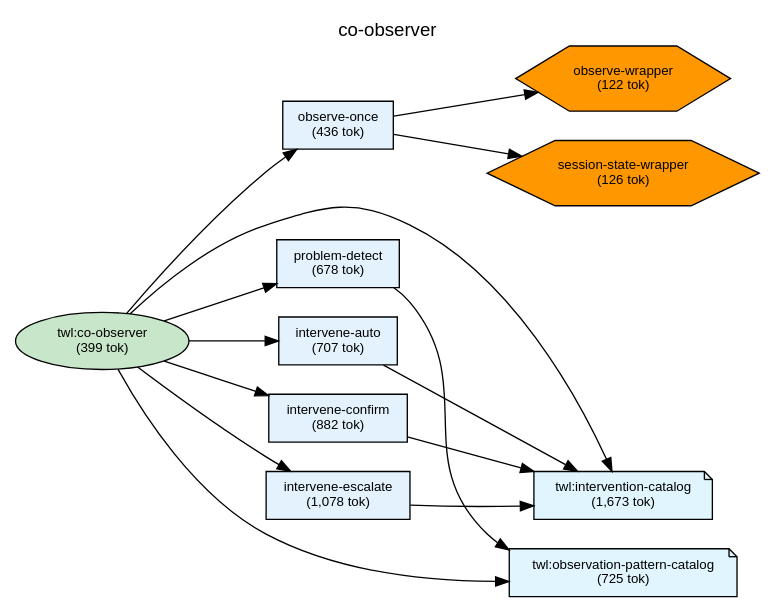
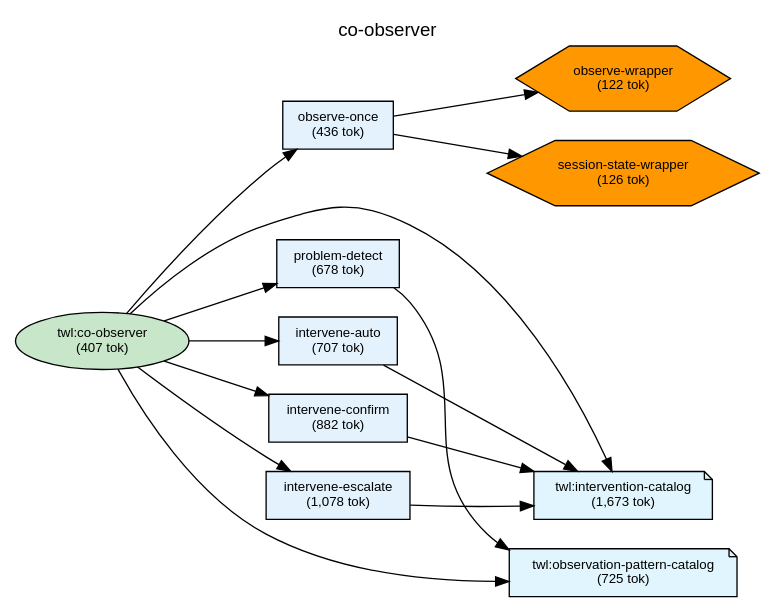
One commit to shuu5/twill changed the diagram in plugins/twl/docs/deps-co-observer.dot. Above: the diagram before and after it, drawn with Graphviz. The commit also changed 5 other files, not shown here.

First line of the commit message:
fix(plugins-twl): co-observer に tools フィールドを追加 (#310)

```diff
--- a/plugins/twl/docs/deps-co-observer.dot
+++ b/plugins/twl/docs/deps-co-observer.dot
@@ -1,73 +1,73 @@
 digraph Dependencies {
     // Graph settings
     rankdir=LR;
     ranksep=0.8;
     nodesep=0.3;
     fontname="Helvetica";
     node [fontname="Helvetica", fontsize=10];
     edge [fontname="Helvetica", fontsize=9];
     label="co-observer";
     labelloc=t;
     fontsize=14;
 
     // L0: Controller Skills
-    skill_co_observer [label="twl:co-observer\n(399 tok)", shape=ellipse, style=filled, fillcolor="#c8e6c9"];
+    skill_co_observer [label="twl:co-observer\n(407 tok)", shape=ellipse, style=filled, fillcolor="#c8e6c9"];
 
     // L0: Launchers
 
     // L0.5: Workflow Skills
 
     // Reference Skills
     skill_observation_pattern_catalog [label="twl:observation-pattern-catalog\n(725 tok)", shape=note, style=filled, fillcolor="#e1f5fe"];
     skill_intervention_catalog [label="twl:intervention-catalog\n(1,673 tok)", shape=note, style=filled, fillcolor="#e1f5fe"];
 
     // L1: Direct Commands
     cmd_observe_once [label="observe-once\n(436 tok)", shape=box, style=filled, fillcolor="#e3f2fd"];
     cmd_problem_detect [label="problem-detect\n(678 tok)", shape=box, style=filled, fillcolor="#e3f2fd"];
     cmd_intervene_auto [label="intervene-auto\n(707 tok)", shape=box, style=filled, fillcolor="#e3f2fd"];
     cmd_intervene_confirm [label="intervene-confirm\n(882 tok)", shape=box, style=filled, fillcolor="#e3f2fd"];
     cmd_intervene_escalate [label="intervene-escalate\n(1,078 tok)", shape=box, style=filled, fillcolor="#e3f2fd"];
 
     // L2: Sub Commands
 
     // L3: Agents
 
     // L3.5: Scripts
     script_observe_wrapper [label="observe-wrapper\n(122 tok)", shape=hexagon, style=filled, fillcolor="#FF9800"];
     script_session_state_wrapper [label="session-state-wrapper\n(126 tok)", shape=hexagon, style=filled, fillcolor="#FF9800"];
 
     // L4: External
 
     // Layer constraints
     { rank=same; skill_co_observer; }
     { rank=same; skill_observation_pattern_catalog; skill_intervention_catalog; }
     { rank=same; cmd_observe_once; cmd_problem_detect; cmd_intervene_auto; cmd_intervene_confirm; cmd_intervene_escalate; }
     { rank=same; script_observe_wrapper; script_session_state_wrapper; }
 
     // Edges
     skill_co_observer -> cmd_observe_once;
     skill_co_observer -> cmd_problem_detect;
     skill_co_observer -> cmd_intervene_auto;
     skill_co_observer -> cmd_intervene_confirm;
     skill_co_observer -> cmd_intervene_escalate;
     skill_co_observer -> skill_intervention_catalog;
     skill_co_observer -> skill_observation_pattern_catalog;
     cmd_observe_once -> script_observe_wrapper;
     cmd_observe_once -> script_session_state_wrapper;
     cmd_problem_detect -> skill_observation_pattern_catalog;
     cmd_intervene_auto -> skill_intervention_catalog;
     cmd_intervene_confirm -> skill_intervention_catalog;
     cmd_intervene_escalate -> skill_intervention_catalog;
 
     // Ordering constraints (invisible edges)
     cmd_observe_once -> cmd_problem_detect [style=invis, weight=10];
     cmd_observe_once -> cmd_problem_detect [style=invis, weight=10];
     cmd_problem_detect -> cmd_intervene_auto [style=invis, weight=10];
     cmd_intervene_auto -> cmd_intervene_confirm [style=invis, weight=10];
     cmd_intervene_confirm -> cmd_intervene_escalate [style=invis, weight=10];
     cmd_intervene_escalate -> skill_intervention_catalog [style=invis, weight=10];
     skill_intervention_catalog -> skill_observation_pattern_catalog [style=invis, weight=10];
     script_observe_wrapper -> script_session_state_wrapper [style=invis, weight=10];
     script_observe_wrapper -> script_session_state_wrapper [style=invis, weight=10];
 
 }
```
